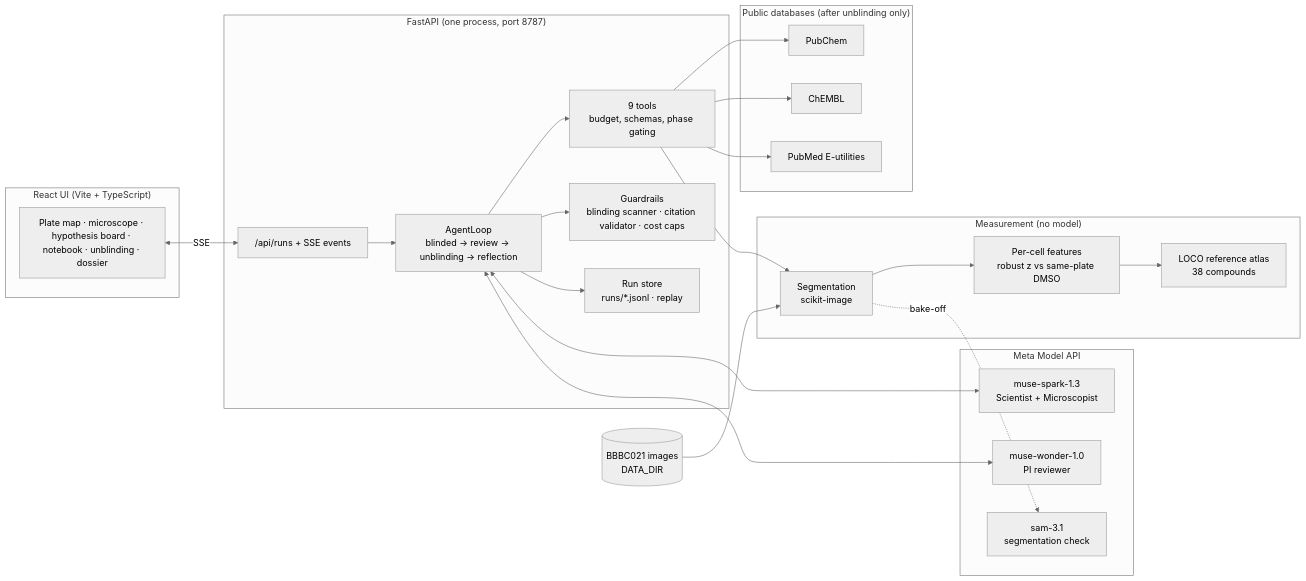
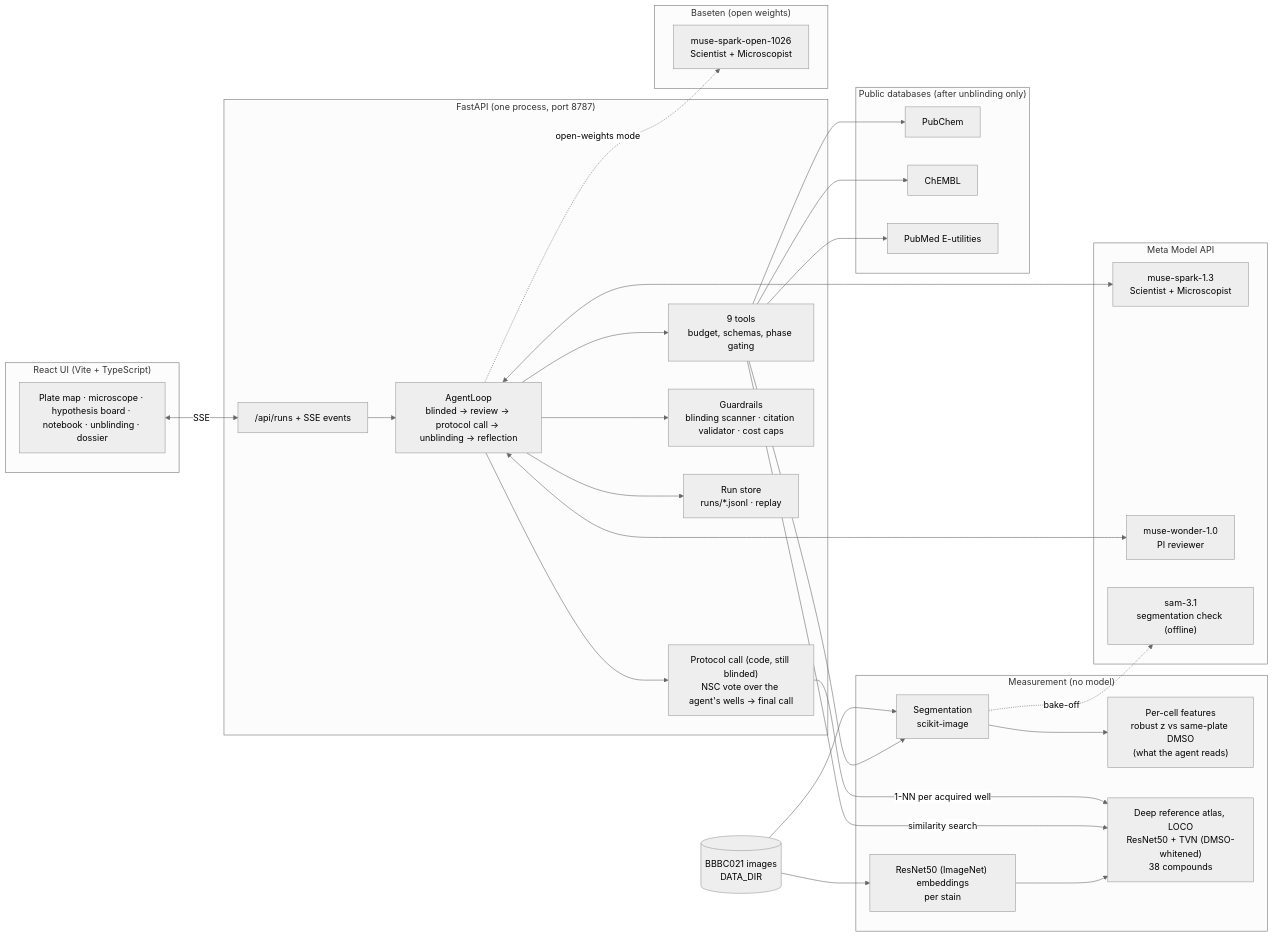
One commit to aleksandrahodzzik/musecell changed the diagram in README.md. Above: the diagram before and after it, drawn with Mermaid (neutral theme). The commit also changed other lines of this file and 3 other files, not shown here.

First line of the commit message:
docs: TL;DR states what the model did and why the protocol calls; clean v5 hero; diagram shows the deep atlas and the protocol call

````diff
--- a/README.md
+++ b/README.md
@@ -54,41 +60,51 @@
 ```mermaid
 flowchart LR
     subgraph Browser["React UI (Vite + TypeScript)"]
         UI["Plate map · microscope · hypothesis board · notebook · unblinding · dossier"]
     end
     subgraph Backend["FastAPI (one process, port 8787)"]
         API["/api/runs + SSE events"]
-        Loop["AgentLoop<br/>blinded → review → unblinding → reflection"]
+        Loop["AgentLoop<br/>blinded → review → protocol call → unblinding → reflection"]
         Tools["9 tools<br/>budget, schemas, phase gating"]
+        Protocol["Protocol call (code, still blinded)<br/>NSC vote over the agent's wells → final call"]
         Guard["Guardrails<br/>blinding scanner · citation validator · cost caps"]
         Store["Run store<br/>runs/*.jsonl · replay"]
     end
     subgraph Meta["Meta Model API"]
         Spark["muse-spark-1.3<br/>Scientist + Microscopist"]
         Wonder["muse-wonder-1.0<br/>PI reviewer"]
-        SAM["sam-3.1<br/>segmentation check"]
+        SAM["sam-3.1<br/>segmentation check (offline)"]
+    end
+    subgraph Baseten["Baseten (open weights)"]
+        Open["muse-spark-open-1026<br/>Scientist + Microscopist"]
     end
     subgraph Science["Measurement (no model)"]
         Seg["Segmentation<br/>scikit-image"]
-        Feat["Per-cell features<br/>robust z vs same-plate DMSO"]
-        Atlas["LOCO reference atlas<br/>38 compounds"]
+        Feat["Per-cell features<br/>robust z vs same-plate DMSO<br/>(what the agent reads)"]
+        Emb["ResNet50 (ImageNet) embeddings<br/>per stain"]
+        Atlas["Deep reference atlas, LOCO<br/>ResNet50 + TVN (DMSO-whitened)<br/>38 compounds"]
     end
     subgraph External["Public databases (after unblinding only)"]
         PubChem["PubChem"]
         ChEMBL["ChEMBL"]
         PubMed["PubMed E-utilities"]
     end
     Data[("BBBC021 images<br/>DATA_DIR")]
 
     UI <-->|SSE| API
     API --> Loop
     Loop <--> Spark
+    Loop -.->|open-weights mode| Open
     Loop <--> Wonder
     Loop --> Tools
-    Tools --> Seg --> Feat --> Atlas
+    Tools --> Seg --> Feat
+    Data --> Emb --> Atlas
+    Tools -->|similarity search| Atlas
+    Loop --> Protocol
+    Protocol -->|1-NN per acquired well| Atlas
     Seg -.->|bake-off| SAM
     Data --> Seg
     Tools --> PubChem & ChEMBL & PubMed
     Loop --> Guard
     Loop --> Store
 ```
````
